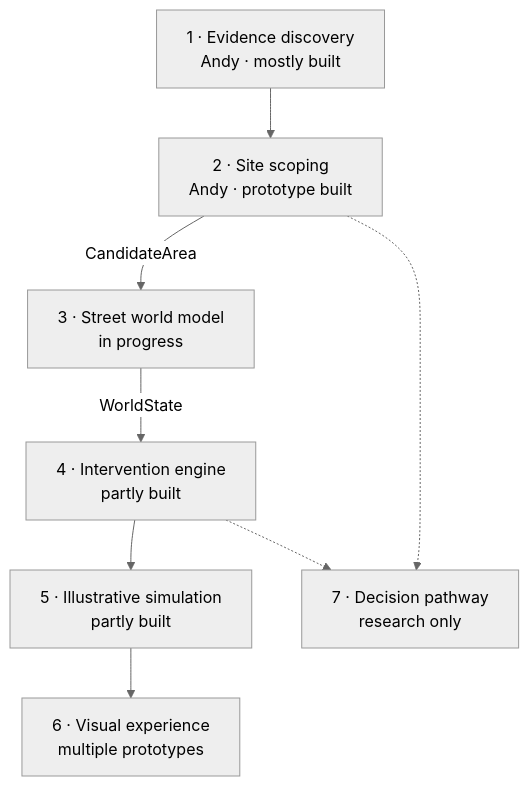
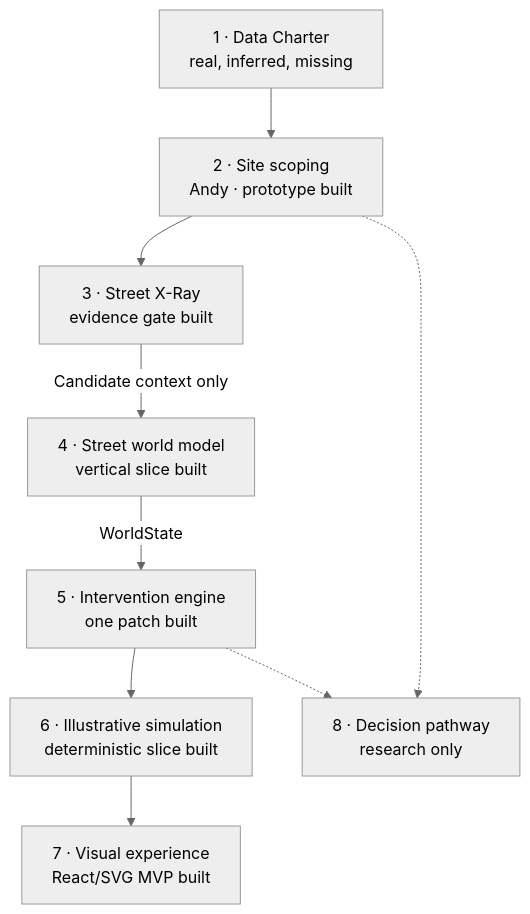
One commit to andymucyo-ops/Hack-am-Rhein-2026-SpongeSquad changed the first of 2 diagrams in wrapper/docs/ARCHITECTURE.md. Above: the diagram before and after it, drawn with Mermaid (neutral theme). The commit also changed other lines of this file and 81 other files, not shown here.

````diff
--- a/wrapper/docs/ARCHITECTURE.md
+++ b/wrapper/docs/ARCHITECTURE.md
@@ -29,18 +31,19 @@
 ```mermaid
 flowchart TD
-    A["1 · Evidence discovery<br/>Andy · mostly built"]
+    A["1 · Data Charter<br/>real, inferred, missing"]
     B["2 · Site scoping<br/>Andy · prototype built"]
-    C["3 · Street world model<br/>in progress"]
-    D["4 · Intervention engine<br/>partly built"]
-    E["5 · Illustrative simulation<br/>partly built"]
-    F["6 · Visual experience<br/>multiple prototypes"]
-    G["7 · Decision pathway<br/>research only"]
+    X["3 · Street X-Ray<br/>evidence gate built"]
+    C["4 · Street world model<br/>vertical slice built"]
+    D["5 · Intervention engine<br/>one patch built"]
+    E["6 · Illustrative simulation<br/>deterministic slice built"]
+    F["7 · Visual experience<br/>React/SVG MVP built"]
+    G["8 · Decision pathway<br/>research only"]
 
-    A --> B
-    B -->|CandidateArea| C
+    A --> B --> X
+    X -->|Candidate context only| C
     C -->|WorldState| D
     D --> E
     E --> F
     B -.-> G
     D -.-> G
 ```
````
